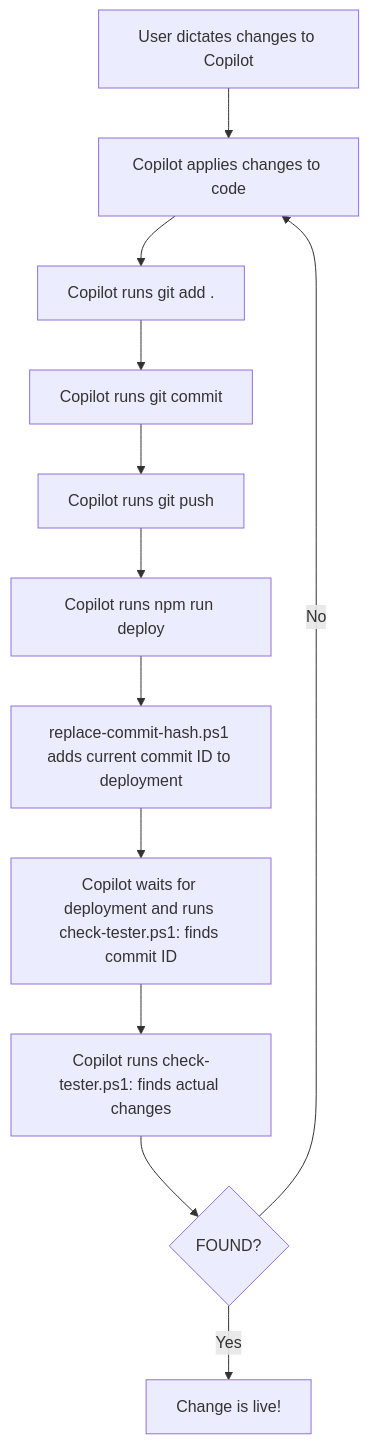
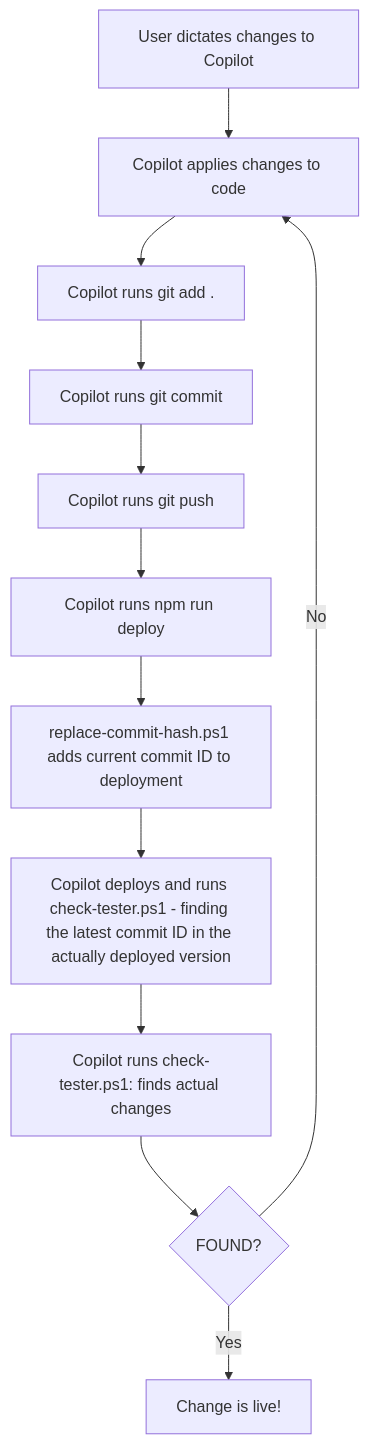
Before and after one commit to shapez0r/agentai_repo: the second of 2 diagrams in README.md, drawn with Mermaid.

Commit message:
Push latest workspace changes to GitHub

````diff
--- a/README.md
+++ b/README.md
@@ -69,14 +69,14 @@
 ```mermaid
 flowchart TD
     A[User dictates changes to Copilot] --> B[Copilot applies changes to code]
     B --> C[Copilot runs git add .]
     C --> D[Copilot runs git commit]
     D --> E[Copilot runs git push]
     E --> F[Copilot runs npm run deploy]
     F --> G[replace-commit-hash.ps1 adds current commit ID to deployment]
-    G --> H[Copilot waits for deployment and runs check-tester.ps1: finds commit ID]
+    G --> H[Copilot deploys and runs check-tester.ps1 - finding the latest commit ID in the actually deployed version]
     H --> I[Copilot runs check-tester.ps1: finds actual changes]
     I --> J{FOUND?}
     J -- Yes --> K[Change is live!]
     J -- No --> B
 ```
````
